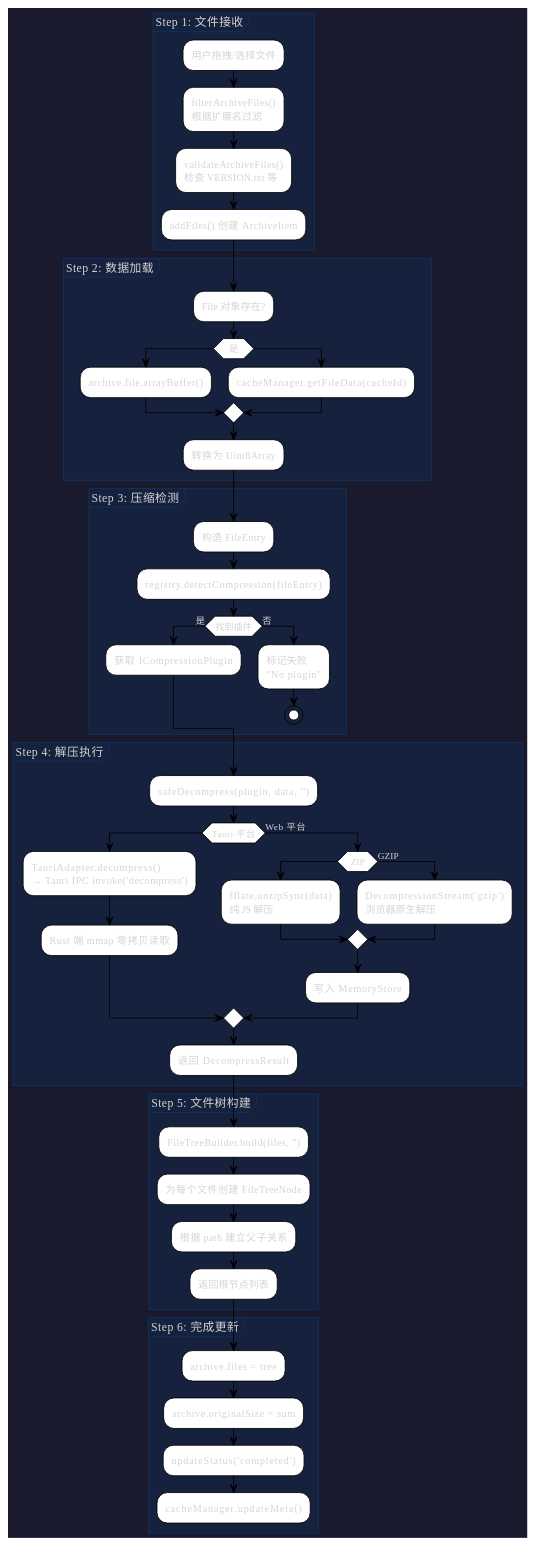
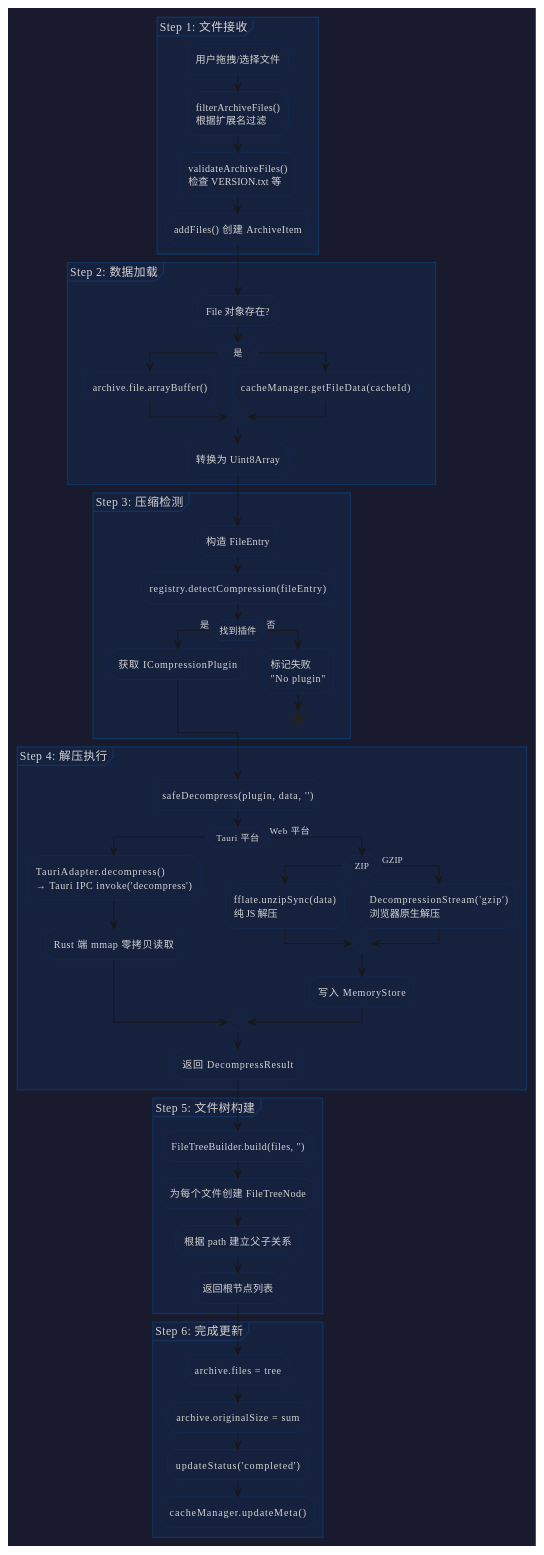
Before and after one commit to taoweidong/Hello-Tauri: the third of 12 diagrams in docs/decompress-preview-flow.md, drawn with PlantUML. The commit also changed other lines of this file and 11 other files, not shown here.

````diff
--- a/docs/decompress-preview-flow.md
+++ b/docs/decompress-preview-flow.md
@@ -287,70 +285,70 @@
 ```plantuml
 @startuml 解压管道数据流
-!theme plain
 skinparam backgroundColor #1a1a2e
 skinparam defaultFontName Microsoft YaHei
 skinparam defaultFontColor #d4d4d4
-skinparam flowBorderColor #0f3460
+skinparam activityBorderColor #0f3460
+skinparam activityBackgroundColor #16213e
 skinparam partitionBackgroundColor #16213e
 skinparam partitionBorderColor #0f3460
 
 partition "Step 1: 文件接收" {
   :用户拖拽/选择文件;
   :filterArchiveFiles()\n根据扩展名过滤;
   :validateArchiveFiles()\n检查 VERSION.txt 等;
   :addFiles() 创建 ArchiveItem;
 }
 
 partition "Step 2: 数据加载" {
   :File 对象存在?;
   if (是) then
     :archive.file.arrayBuffer();
   else
     :cacheManager.getFileData(cacheId);
   endif
   :转换为 Uint8Array;
 }
 
 partition "Step 3: 压缩检测" {
   :构造 FileEntry;
   :registry.detectCompression(fileEntry);
   if (找到插件) then (是)
     :获取 ICompressionPlugin;
   else (否)
     :标记失败\n"No plugin";
     stop
   endif
 }
 
 partition "Step 4: 解压执行" {
   :safeDecompress(plugin, data, '');
   if (Tauri 平台) then
     :TauriAdapter.decompress()\n→ Tauri IPC invoke('decompress');
     :Rust 端 mmap 零拷贝读取;
   else (Web 平台)
     if (ZIP) then
       :fflate.unzipSync(data)\n纯 JS 解压;
     else (GZIP)
       :DecompressionStream('gzip')\n浏览器原生解压;
     endif
     :写入 MemoryStore;
   endif
   :返回 DecompressResult;
 }
 
 partition "Step 5: 文件树构建" {
   :FileTreeBuilder.build(files, '');
   :为每个文件创建 FileTreeNode;
   :根据 path 建立父子关系;
   :返回根节点列表;
 }
 
 partition "Step 6: 完成更新" {
   :archive.files = tree;
   :archive.originalSize = sum;
   :updateStatus('completed');
   :cacheManager.updateMeta();
 }
 
 @enduml
 ```
````
